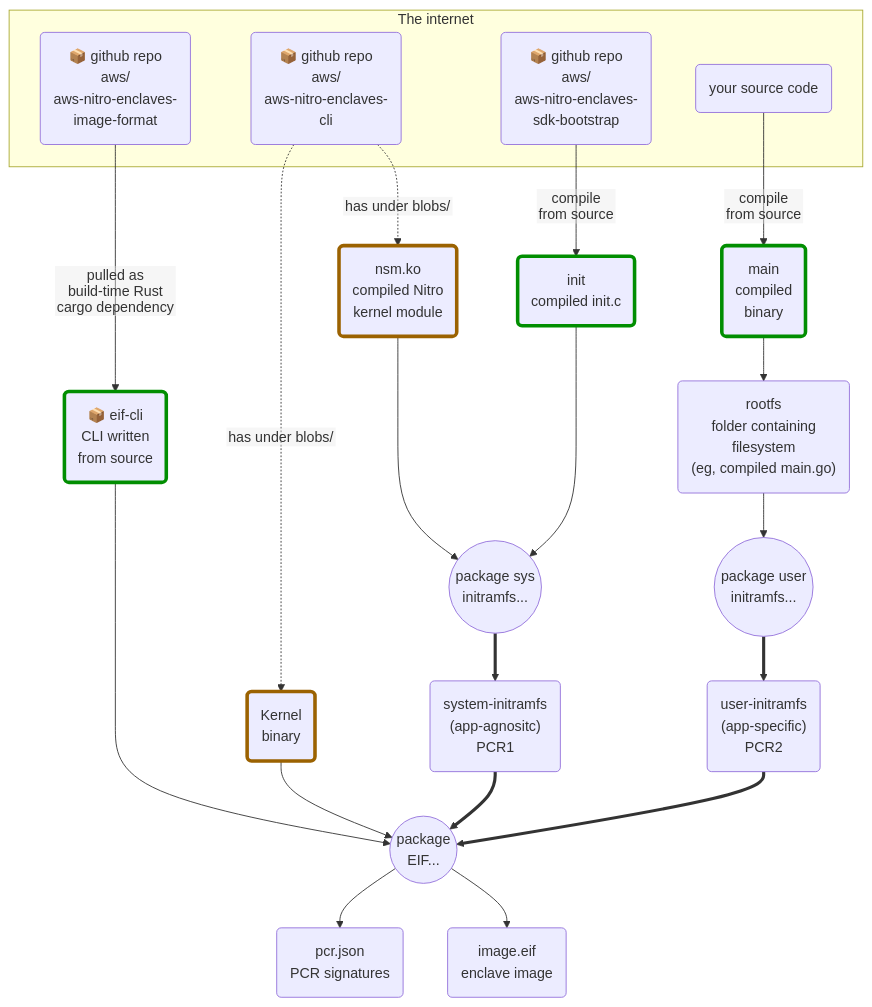
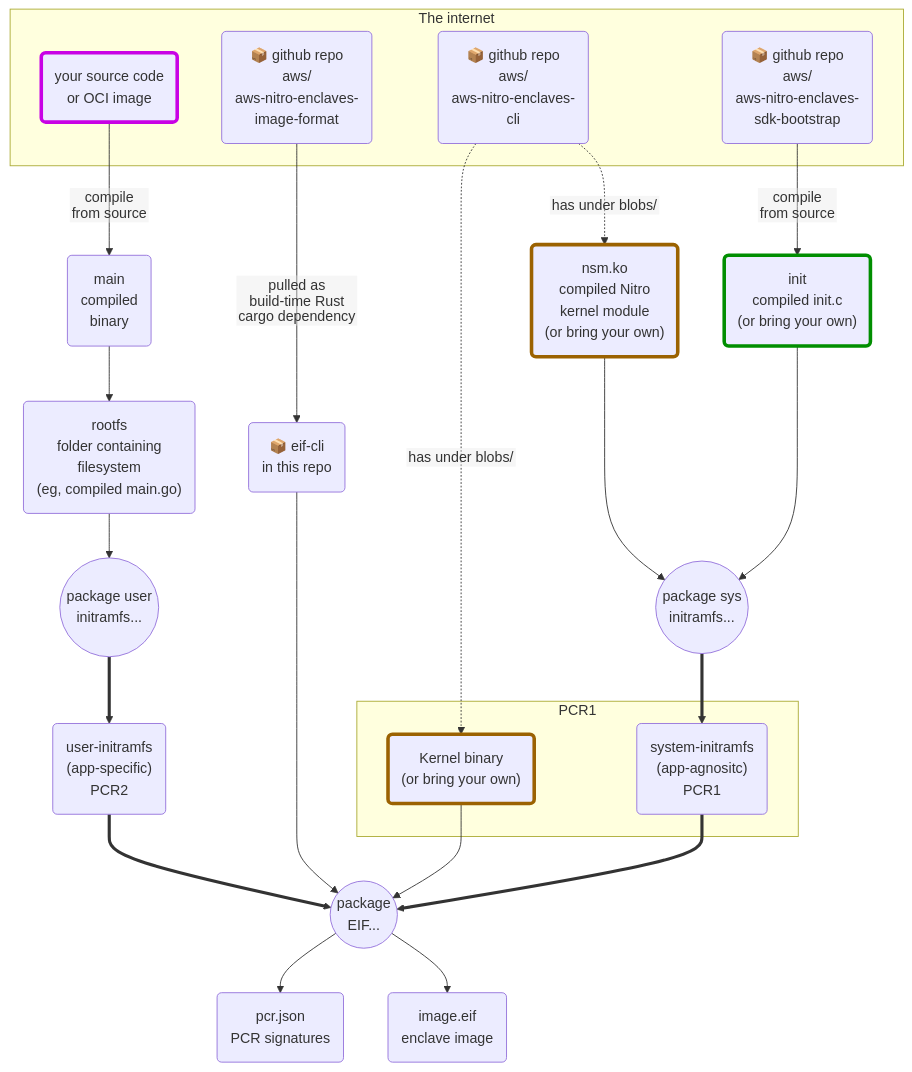
Before and after one commit to monzo/aws-nitro-util: the diagram in README.md, drawn with Mermaid. The commit also changed other lines of this file, not shown here.

Commit message:
clean mermaid diagram

````diff
--- a/README.md
+++ b/README.md
@@ -45,67 +47,64 @@
 ```mermaid
 %%{init: {"flowchart": {"htmlLabels": false}} }%%
 
 graph TD
-	style main stroke:#018E01
-	style main stroke-width:4
+	style yourRepo stroke:#C802E5
+	style yourRepo stroke-width:4
 
 	style initBin stroke:#018E01
 	style initBin stroke-width:4
-
-	style eifCli stroke:#018E01
-	style eifCli stroke-width:4
-
 
 	style nsm stroke:#9B6201
 	style nsm stroke-width:4
 
 	style kernel stroke:#9B6201
 	style kernel stroke-width:4
 
 
 
 	subgraph The internet
 		eifFormatRepo("📦 github repo \n aws/ \n aws-nitro-enclaves-\nimage-format")
 		nitroCliRepo("📦 github repo \n aws/ \n aws-nitro-enclaves-\n cli")
 		bootstrapRepo("📦 github repo \n aws/ \n aws-nitro-enclaves-\nsdk-bootstrap")
-		yourRepo("your source code")
+		yourRepo("your source code \n or OCI image")
+	end
+	initBin("init \n compiled init.c \n (or bring your own)")
+	eifCli("📦 eif-cli \n in this repo")
+	nsm("nsm.ko \n compiled Nitro \n kernel module \n (or bring your own)")
 
-
+    subgraph PCR1
+        kernel("Kernel binary \n (or bring your own)")
+        sysInit("system-initramfs \n (app-agnositc) \n PCR1")
 	end
-	initBin("init \n compiled init.c")
-	eifCli("📦 eif-cli \n CLI written \n from source")
-	kernel("Kernel \n binary")
-	nsm("nsm.ko \n compiled Nitro \n kernel module")
-	sysInit("system-initramfs \n (app-agnositc) \n PCR1")
-	userInit("user-initramfs \n (app-specific)\n PCR2")
+    userInit("user-initramfs \n (app-specific)\n PCR2")
 	
 	rootfs("rootfs \n folder containing \n filesystem \n (eg, compiled main.go)")
 
 	doEif(("package \n EIF..."))
 	doSysInit(("package sys \n initramfs..."))
 	doUserInit(("package user \n initramfs..."))
 	
 	yourRepo -->|compile \n from source|main("main \n compiled \n binary")
 	main --> rootfs
 	bootstrapRepo -->|compile \nfrom source|initBin
 
 	nitroCliRepo -.->|has under blobs/|nsm
 	nitroCliRepo -.->|has under blobs/|kernel
 
 	rootfs --> doUserInit
 	doUserInit==> userInit
 
 	initBin --->doSysInit
 	nsm-->doSysInit
 	doSysInit ==> sysInit
 
 	eifFormatRepo ---> |pulled as \n build-time Rust \n cargo dependency|eifCli
 	eifCli -->doEif
 	kernel -->doEif
 	sysInit ==>doEif
 	userInit ==>doEif
 
 
 	doEif -->eif("image.eif \n enclave image")
 	doEif -->pcr("pcr.json \n PCR signatures")
 ```
````
